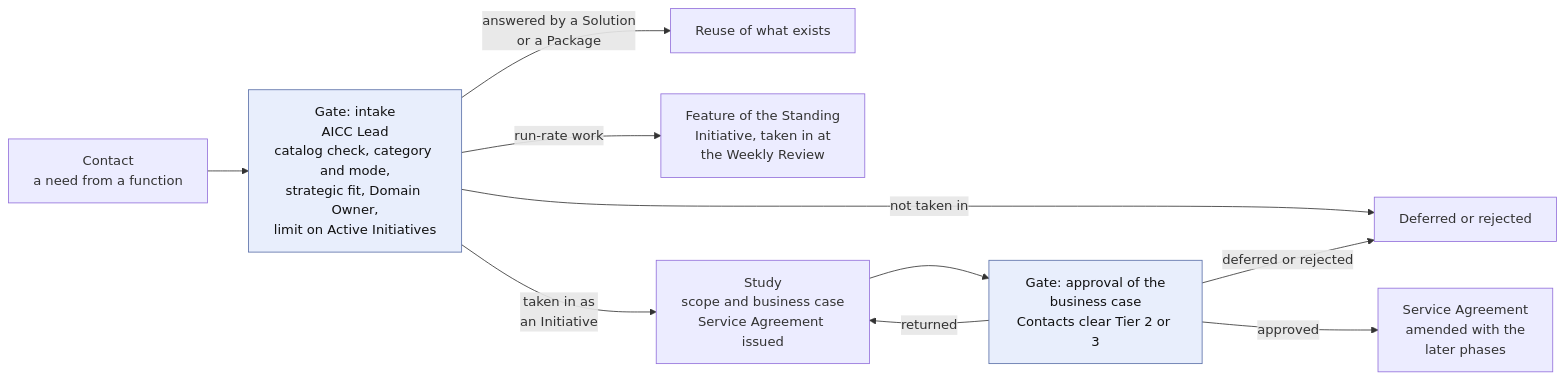
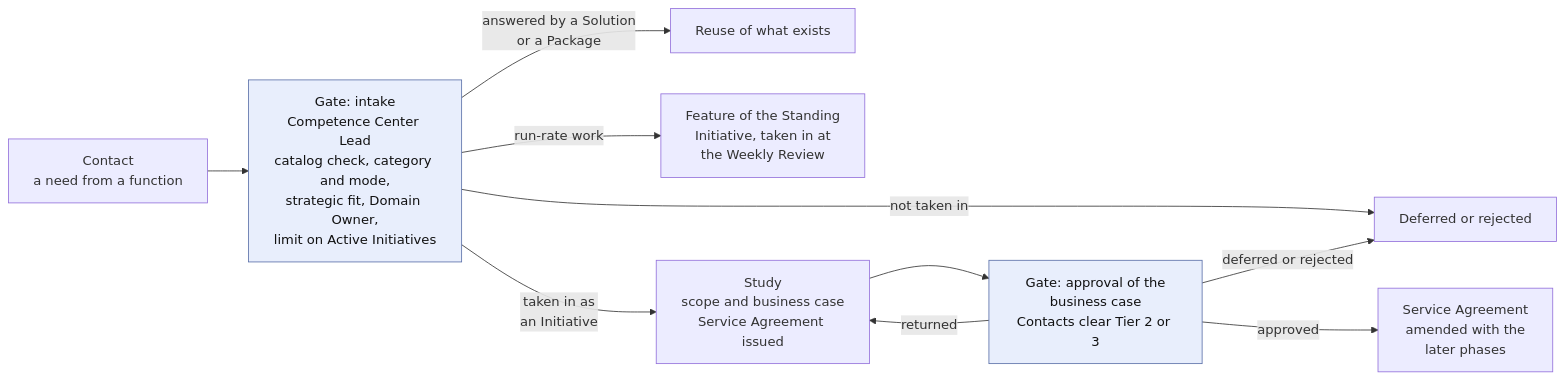
The first of 3 diagrams in charter/en/workflows/engagement.md (devhogu/ob-aicc), drawn with Mermaid before and after one commit. The commit also changed other lines of this file and 1149 other files, not shown here.

First line of the commit message:
The name Competence Center: AICC stays only as a code (DR-2026-066)

````diff
--- a/charter/en/workflows/engagement.md
+++ b/charter/en/workflows/engagement.md
@@ -15,14 +15,14 @@
 ```mermaid
 flowchart LR
-  C["Contact<br/>a need from a function"] --> IN["Gate: intake<br/>AICC Lead<br/>catalog check, category and mode,<br/>strategic fit, Domain Owner,<br/>limit on Active Initiatives"]
+  C["Contact<br/>a need from a function"] --> IN["Gate: intake<br/>Competence Center Lead<br/>catalog check, category and mode,<br/>strategic fit, Domain Owner,<br/>limit on Active Initiatives"]
   IN -->|"answered by a Solution<br/>or a Package"| RU["Reuse of what exists"]
   IN -->|"run-rate work"| RR["Feature of the Standing<br/>Initiative, taken in at<br/>the Weekly Review"]
   IN -->|"taken in as<br/>an Initiative"| ST["Study<br/>scope and business case<br/>Service Agreement issued"]
   IN -->|"not taken in"| DR["Deferred or rejected"]
   ST --> AP["Gate: approval of the<br/>business case<br/>Contacts clear Tier 2 or 3"]
   AP -->|"returned"| ST
   AP -->|"deferred or rejected"| DR
   AP -->|"approved"| SA["Service Agreement<br/>amended with the<br/>later phases"]
   classDef gate fill:#e8eefc,stroke:#5a6fa8,color:#111
   class IN,AP gate
 ```
````
